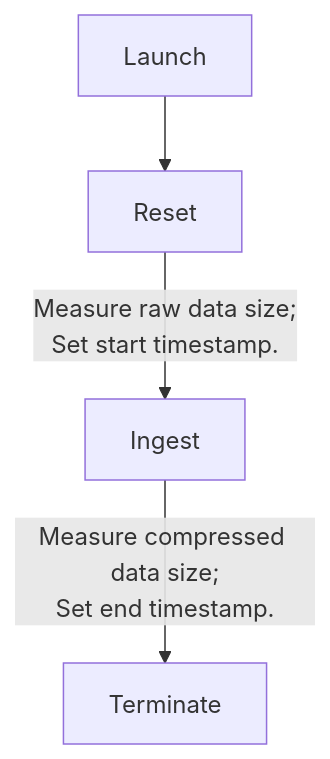
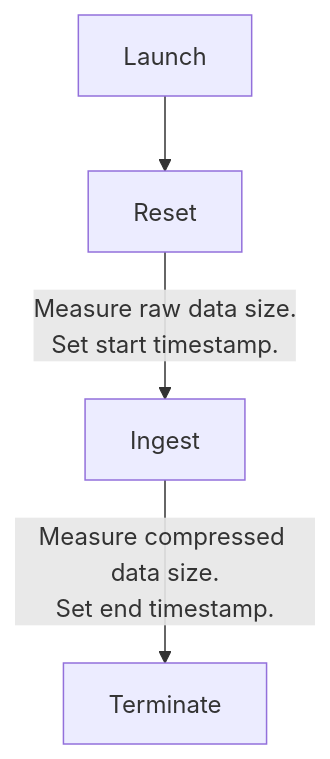
One commit to anlowee/clp-bench changed the first of 2 diagrams in docs/methodology.md. Above: the diagram before and after it, drawn with Mermaid. The commit also changed other lines of this file, not shown here.

````diff
--- a/docs/methodology.md
+++ b/docs/methodology.md
@@ -130,6 +130,6 @@
 ```mermaid
 flowchart TD
     Launch --> Reset
-    Reset -->|Measure raw data size;<br>Set start timestamp.| Ingest
-    Ingest -->|Measure compressed data size;<br>Set end timestamp.| Terminate
+    Reset -->|Measure raw data size.<br>Set start timestamp.| Ingest
+    Ingest -->|Measure compressed data size.<br>Set end timestamp.| Terminate
 ```
````
